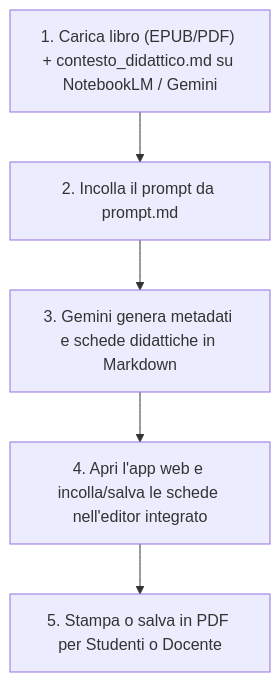
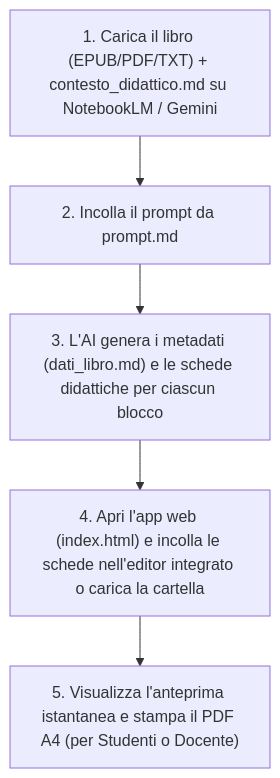
The diagram in README.md (aalborghetti/AnalisiLibro), drawn with Mermaid before and after one commit. The commit also changed other lines of this file, not shown here.

````diff
--- a/README.md
+++ b/README.md
@@ -53,7 +34,7 @@
 ```mermaid
 flowchart TD
-    A["1. Carica libro (EPUB/PDF) + contesto_didattico.md su NotebookLM / Gemini"] --> B["2. Incolla il prompt da prompt.md"]
-    B --> C["3. Gemini genera metadati e schede didattiche in Markdown"]
-    C --> D["4. Apri l'app web e incolla/salva le schede nell'editor integrato"]
-    D --> E["5. Stampa o salva in PDF per Studenti o Docente"]
+    A["1. Carica il libro (EPUB/PDF/TXT) + contesto_didattico.md su NotebookLM / Gemini"] --> B["2. Incolla il prompt da prompt.md"]
+    B --> C["3. L'AI genera i metadati (dati_libro.md) e le schede didattiche per ciascun blocco"]
+    C --> D["4. Apri l'app web (index.html) e incolla le schede nell'editor integrato o carica la cartella"]
+    D --> E["5. Visualizza l'anteprima istantanea e stampa il PDF A4 (per Studenti o Docente)"]
 ```
````
